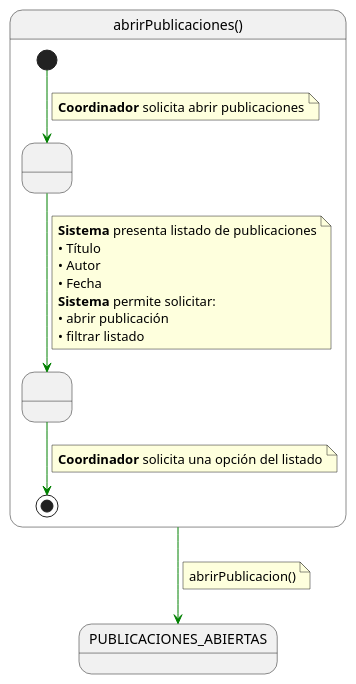
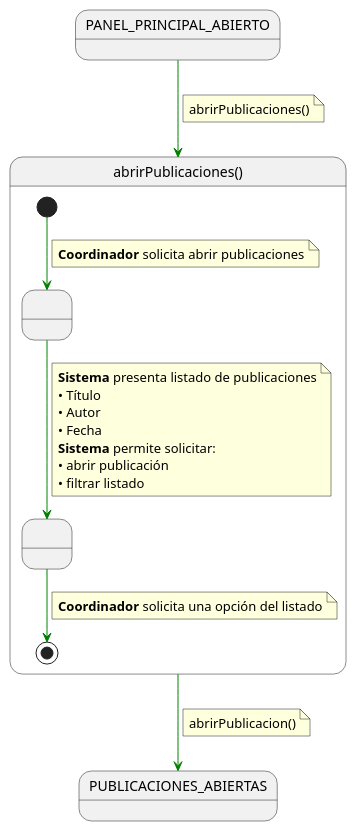
The diagram in documentación/CasosDeUso/Detalle/Coordinador/07-publicaciones/abrirPublicaciones.puml (31Diego/25-26-IdSw1-SdR), drawn with PlantUML before and after one commit. The commit also changed 95 other files, not shown here.

```diff
--- a/documentación/CasosDeUso/Detalle/Coordinador/07-publicaciones/abrirPublicaciones.puml
+++ b/documentación/CasosDeUso/Detalle/Coordinador/07-publicaciones/abrirPublicaciones.puml
@@ -1,37 +1,43 @@
 @startuml abrirPublicaciones
 
 skinparam linetype polyline
 
 state abrirPublicaciones as "abrirPublicaciones()" {
 
     state " " as MostrandoListado
     state " " as FiltrandoListado
 
     [*] -[#green]-> MostrandoListado
     note on link
     <b>Coordinador</b> solicita abrir publicaciones
     end note
 
     MostrandoListado -[#green]-> FiltrandoListado
     note on link
     <b>Sistema</b> presenta listado de publicaciones
     • Título
     • Autor
     • Fecha
     <b>Sistema</b> permite solicitar:
     • abrir publicación
     • filtrar listado
     end note
 
     FiltrandoListado -[#green]-> [*]
     note on link
     <b>Coordinador</b> solicita una opción del listado
     end note
 }
 
+
+PANEL_PRINCIPAL_ABIERTO -[#green]-> abrirPublicaciones
+note on link
+abrirPublicaciones()
+end note
+
 abrirPublicaciones -[#green]-> PUBLICACIONES_ABIERTAS
 note on link
 abrirPublicacion()
 end note
 
 @enduml
```
